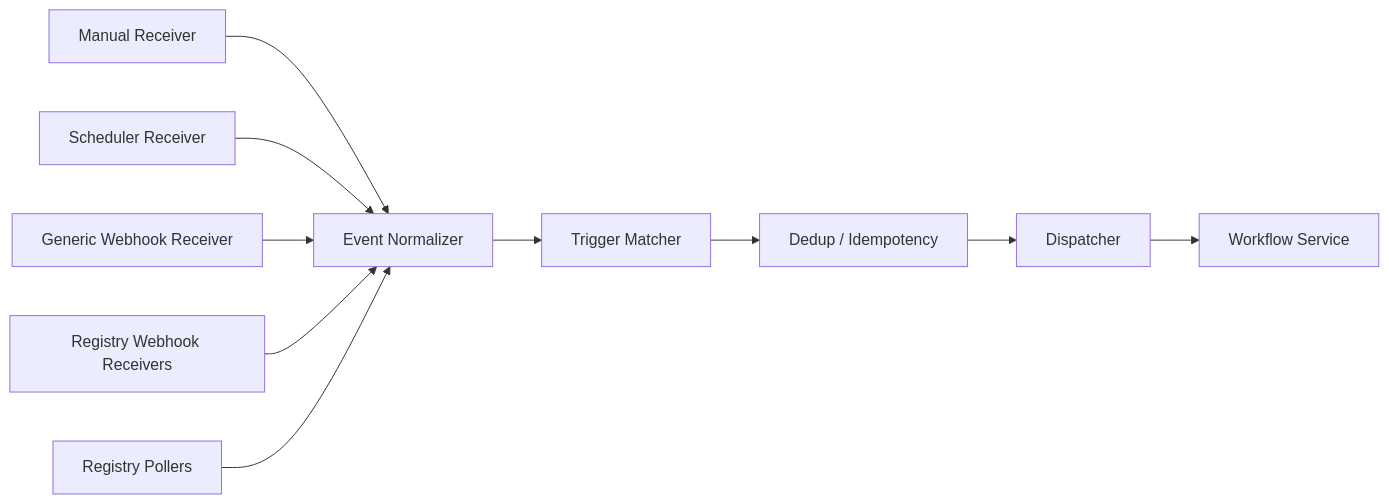
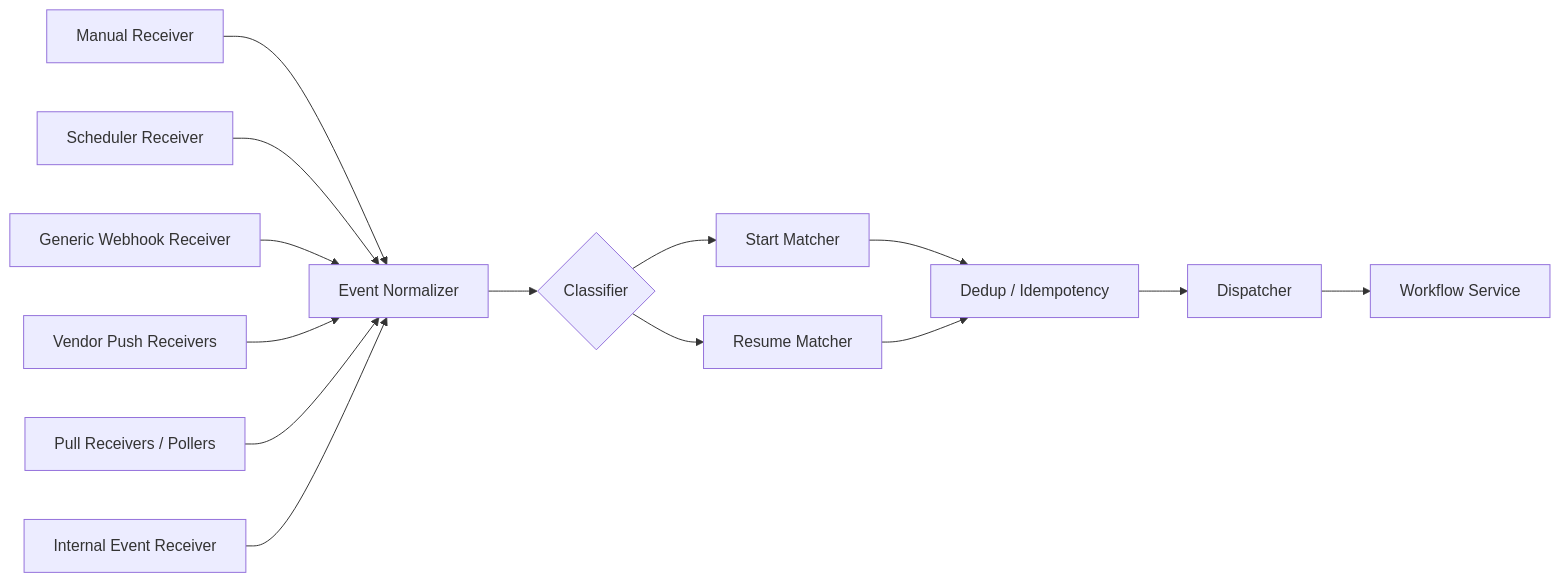
One commit to toddysm/custos changed the second of 7 diagrams in design/architecture/components.md. Above: the diagram before and after it, drawn with Mermaid. The commit also changed other lines of this file and 8 other files, not shown here.

````diff
--- a/design/architecture/components.md
+++ b/design/architecture/components.md
@@ -51,12 +51,16 @@
 ```mermaid
 graph LR
     ManualR[Manual Receiver] --> Norm[Event Normalizer]
     SchedR[Scheduler Receiver] --> Norm
     GenericWH[Generic Webhook Receiver] --> Norm
-    RegistryWH[Registry Webhook Receivers] --> Norm
-    Poller[Registry Pollers] --> Norm
-    Norm --> Match[Trigger Matcher]
-    Match --> Dedup[Dedup / Idempotency]
+    VendorPush[Vendor Push Receivers] --> Norm
+    Pollers[Pull Receivers / Pollers] --> Norm
+    Internal[Internal Event Receiver] --> Norm
+    Norm --> Cls{Classifier}
+    Cls --> MatchStart[Start Matcher]
+    Cls --> MatchResume[Resume Matcher]
+    MatchStart --> Dedup[Dedup / Idempotency]
+    MatchResume --> Dedup
     Dedup --> Dispatch[Dispatcher]
     Dispatch --> WF[Workflow Service]
 ```
````
